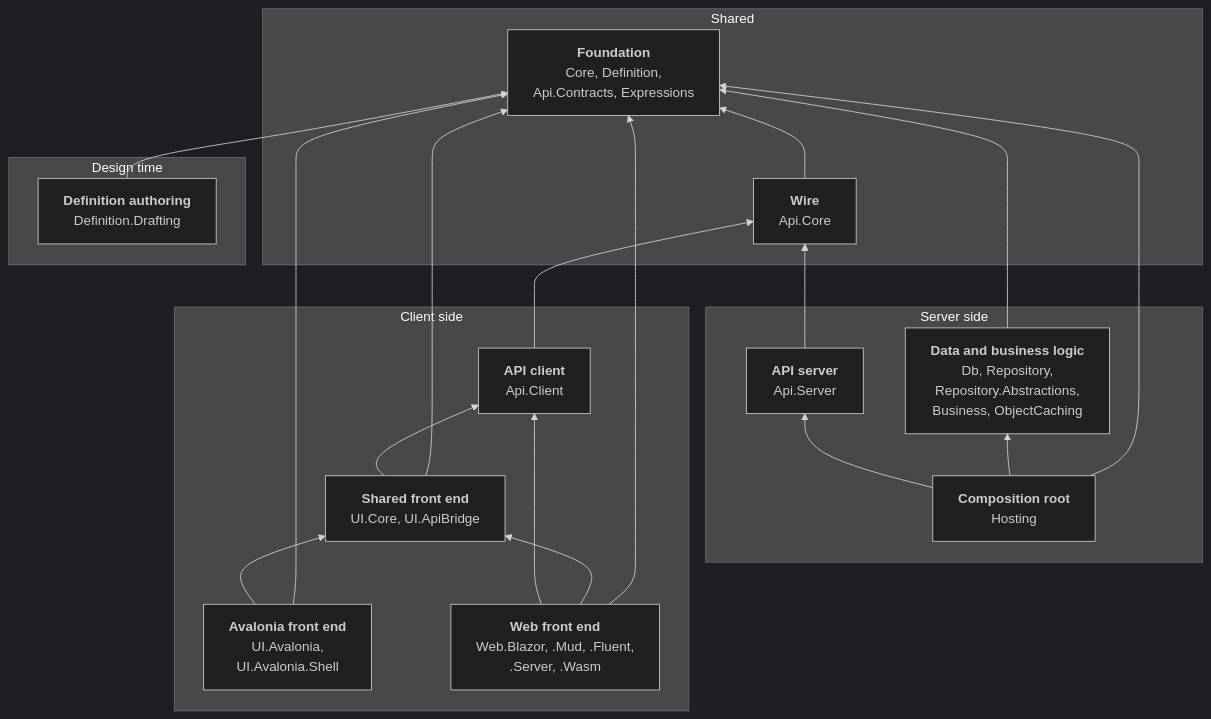
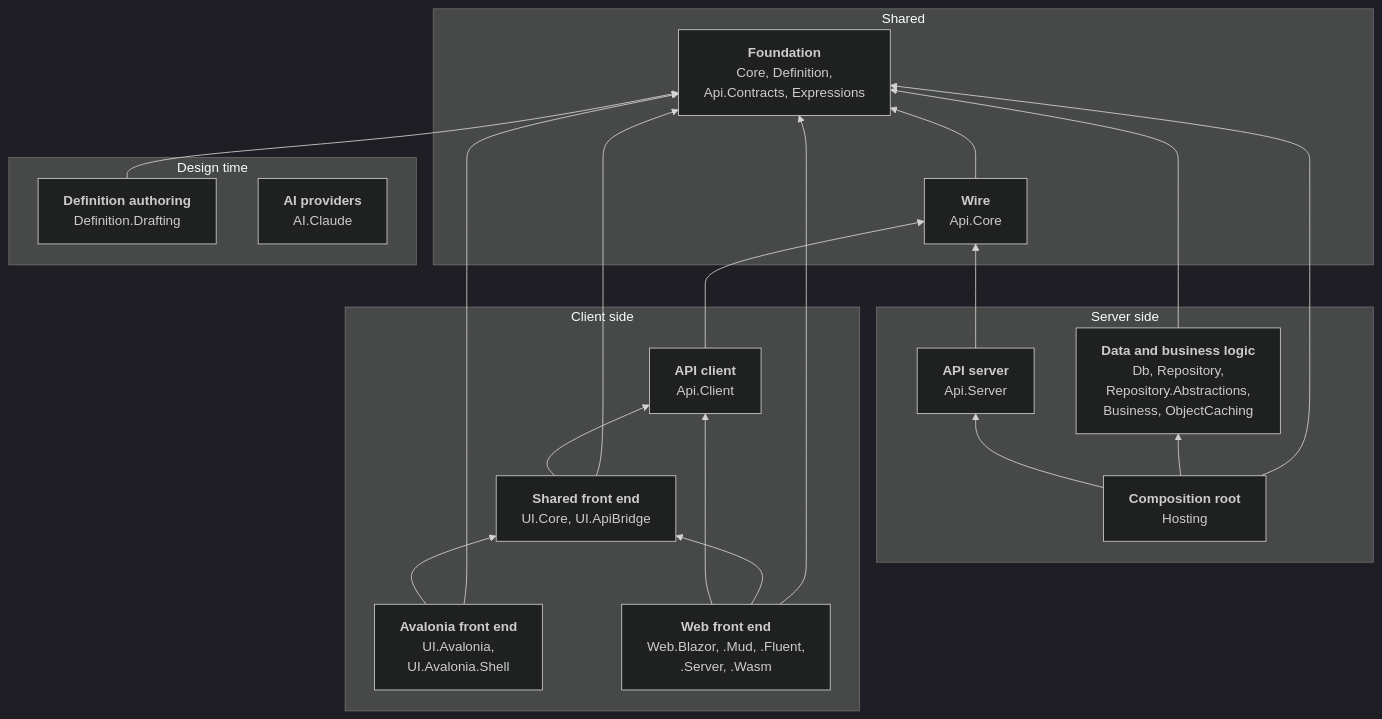
Before and after one commit to polhem-dev/polhem: the first of 12 diagrams in docs/en/architecture/dependency-map.md, drawn with Mermaid (dark theme). The commit also changed other lines of this file and 22 other files, not shown here.

````diff
--- a/docs/en/architecture/dependency-map.md
+++ b/docs/en/architecture/dependency-map.md
@@ -20,37 +20,38 @@
 ```mermaid
 graph BT
   subgraph SharedSide ["Shared"]
     Foundation["<b>Foundation</b><br/>Core, Definition,<br/>Api.Contracts, Expressions"]
     Wire["<b>Wire</b><br/>Api.Core"]
   end
   subgraph ServerSide ["Server side"]
     Backend["<b>Data and business logic</b><br/>Db, Repository,<br/>Repository.Abstractions,<br/>Business, ObjectCaching"]
     ApiServer["<b>API server</b><br/>Api.Server"]
     Composition["<b>Composition root</b><br/>Hosting"]
   end
   subgraph ClientSide ["Client side"]
     ApiClient["<b>API client</b><br/>Api.Client"]
     FrontShared["<b>Shared front end</b><br/>UI.Core, UI.ApiBridge"]
     Avalonia["<b>Avalonia front end</b><br/>UI.Avalonia,<br/>UI.Avalonia.Shell"]
     Web["<b>Web front end</b><br/>Web.Blazor, .Mud, .Fluent,<br/>.Server, .Wasm"]
   end
   subgraph DesignSide ["Design time"]
     Authoring["<b>Definition authoring</b><br/>Definition.Drafting"]
+    AiProviders["<b>AI providers</b><br/>AI.Claude"]
   end
 
   Wire --> Foundation
   Backend --> Foundation
   ApiServer --> Wire
   Composition --> Foundation
   Composition --> Backend
   Composition --> ApiServer
   ApiClient --> Wire
   FrontShared --> Foundation
   FrontShared --> ApiClient
   Avalonia --> Foundation
   Avalonia --> FrontShared
   Web --> Foundation
   Web --> FrontShared
   Web --> ApiClient
   Authoring --> Foundation
 ```
````
